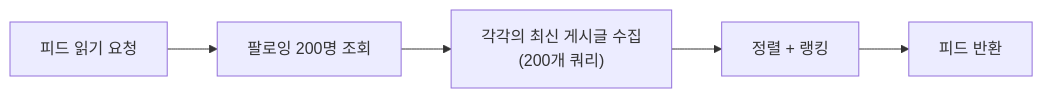
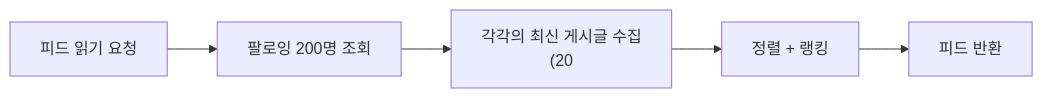
One commit to yjkim2015/yjkim2015.github.io changed the second of 6 diagrams in _posts/systemdesign/2026-05-02-system-design-newsfeed.md. Above: the diagram before and after it, drawn with Mermaid. The commit also changed other lines of this file and 271 other files, not shown here.

First line of the commit message:
Mermaid 라벨 축소: 긴 노드 텍스트 18자 이하로 트림 + \n 제거

````diff
--- a/_posts/systemdesign/2026-05-02-system-design-newsfeed.md
+++ b/_posts/systemdesign/2026-05-02-system-design-newsfeed.md
@@ -78,7 +78,7 @@
 ```mermaid
 graph LR
     ReadReq["피드 읽기 요청"] --> Fetch["팔로잉 200명 조회"]
-    Fetch --> Gather["각각의 최신 게시글 수집\n(200개 쿼리)"]
+    Fetch --> Gather["각각의 최신 게시글 수집\n(20"]
     Gather --> Sort["정렬 + 랭킹"]
     Sort --> Result["피드 반환"]
 ```
````
